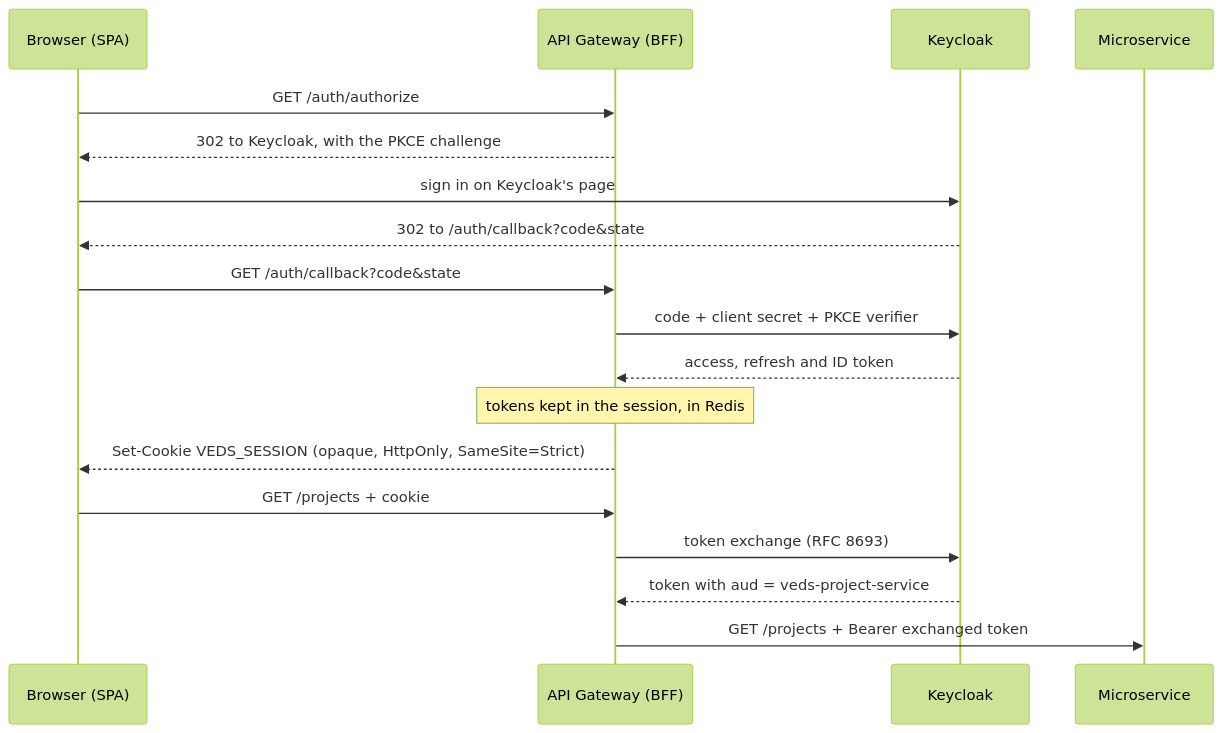
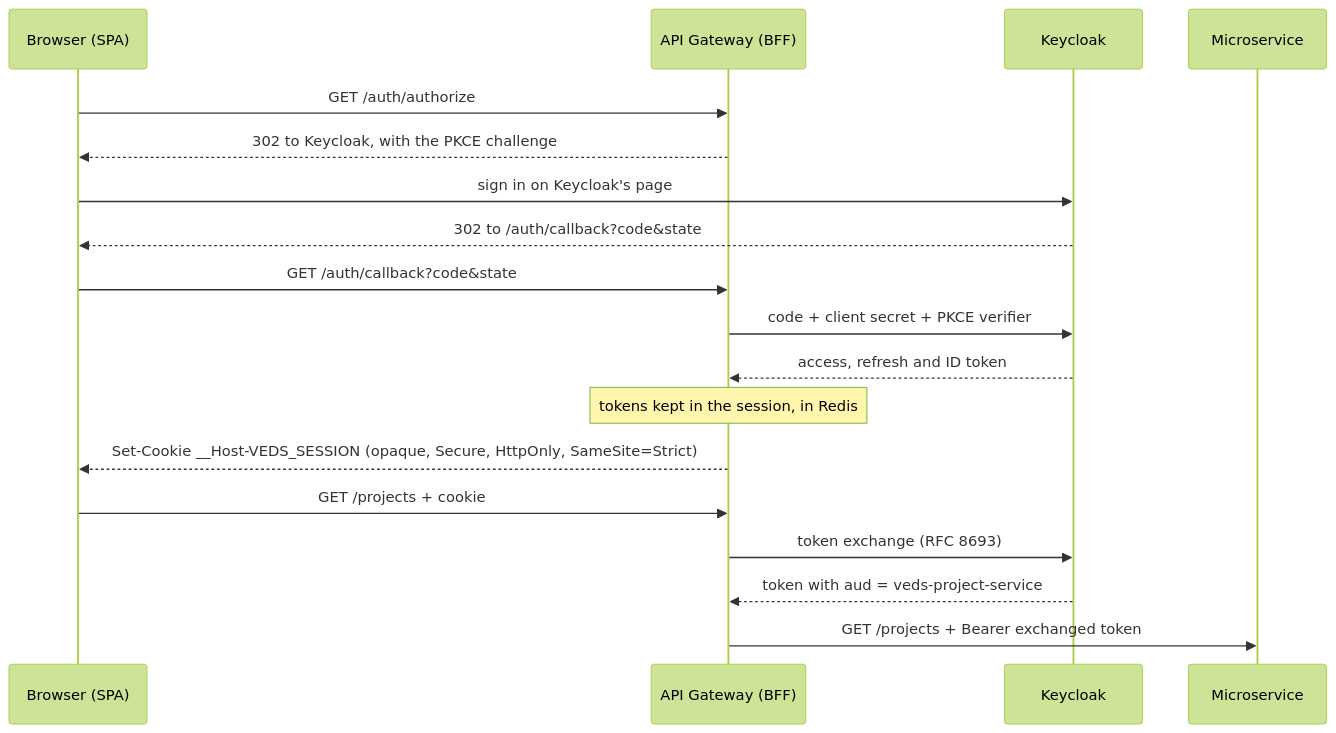
The diagram in docs/keycloak.md (vertyll/veds), drawn with Mermaid (forest theme) before and after one commit. The commit also changed other lines of this file and 102 other files, not shown here.

````diff
--- a/docs/keycloak.md
+++ b/docs/keycloak.md
@@ -46,21 +46,21 @@
 ```mermaid
 sequenceDiagram
     participant B as Browser (SPA)
     participant G as API Gateway (BFF)
     participant K as Keycloak
     participant S as Microservice
 
     B->>G: GET /auth/authorize
     G-->>B: 302 to Keycloak, with the PKCE challenge
     B->>K: sign in on Keycloak's page
     K-->>B: 302 to /auth/callback?code&state
     B->>G: GET /auth/callback?code&state
     G->>K: code + client secret + PKCE verifier
     K-->>G: access, refresh and ID token
     Note over G: tokens kept in the session, in Redis
-    G-->>B: Set-Cookie VEDS_SESSION (opaque, HttpOnly, SameSite=Strict)
+    G-->>B: Set-Cookie __Host-VEDS_SESSION (opaque, Secure, HttpOnly, SameSite=Strict)
     B->>G: GET /projects + cookie
     G->>K: token exchange (RFC 8693)
     K-->>G: token with aud = veds-project-service
     G->>S: GET /projects + Bearer exchanged token
 ```
````
